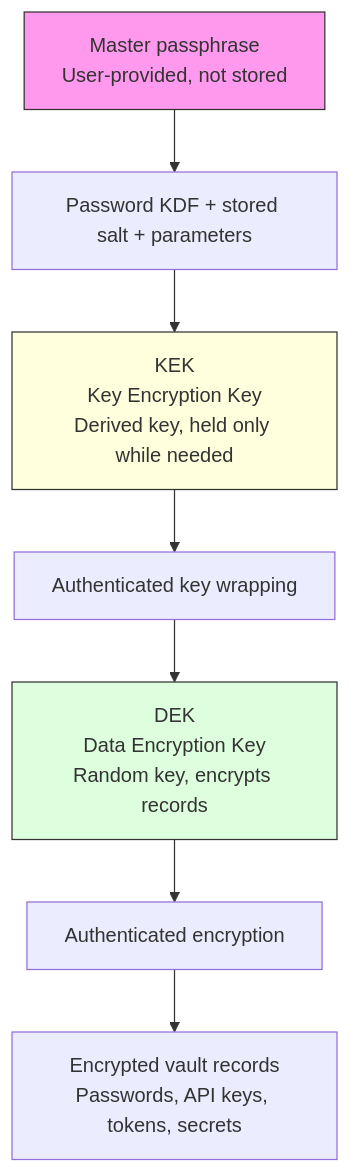
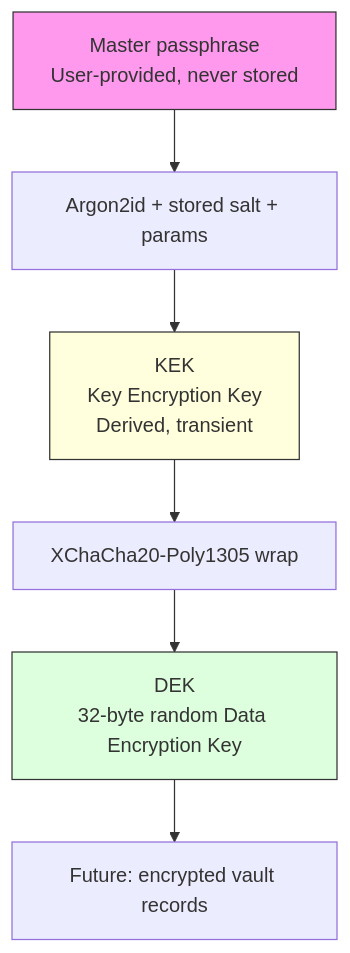
The diagram in packages/crypto/README.md (sinehypernova-0718/aegis), drawn with Mermaid before and after one commit. The commit also changed other lines of this file and 9 other files, not shown here.

````diff
--- a/packages/crypto/README.md
+++ b/packages/crypto/README.md
@@ -30,13 +20,12 @@
 ```mermaid
 flowchart TD
-    PP["Master passphrase<br/>User-provided, not stored"] --> KDF["Password KDF + stored salt + parameters"]
-    KDF --> KEK["KEK<br/>Key Encryption Key<br/>Derived key, held only while needed"]
-    KEK --> WRAP["Authenticated key wrapping"]
-    WRAP --> DEK["DEK<br/>Data Encryption Key<br/>Random key, encrypts records"]
-    DEK --> AEAD["Authenticated encryption"]
-    AEAD --> REC["Encrypted vault records<br/>Passwords, API keys, tokens, secrets"]
+    PP["Master passphrase<br/>User-provided, never stored"] --> KDF["Argon2id + stored salt + params"]
+    KDF --> KEK["KEK<br/>Key Encryption Key<br/>Derived, transient"]
+    KEK --> WRAP["XChaCha20-Poly1305 wrap"]
+    WRAP --> DEK["DEK<br/>32-byte random Data Encryption Key"]
+    DEK --> REC["Future: encrypted vault records"]
 
     style PP fill:#f9e,stroke:#333
     style KEK fill:#ffd,stroke:#333
     style DEK fill:#dfd,stroke:#333
 ```
````
